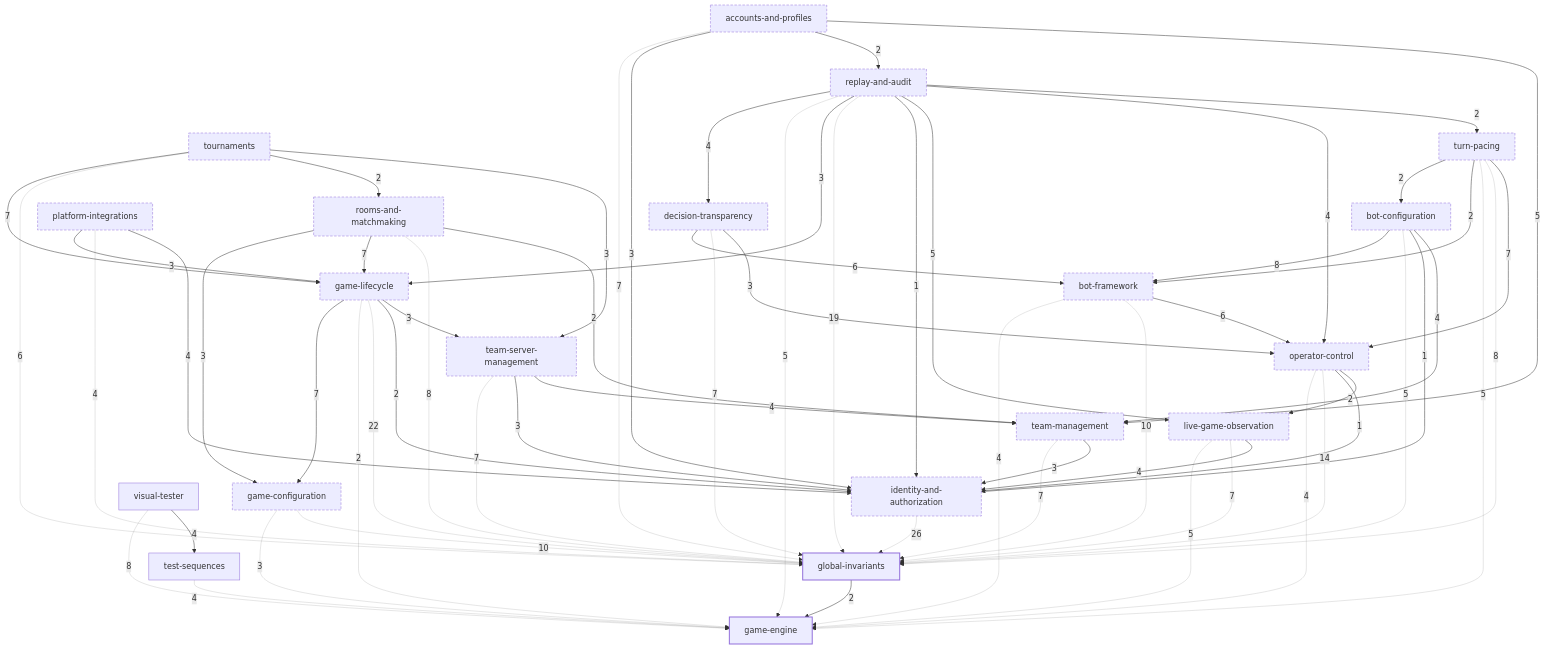
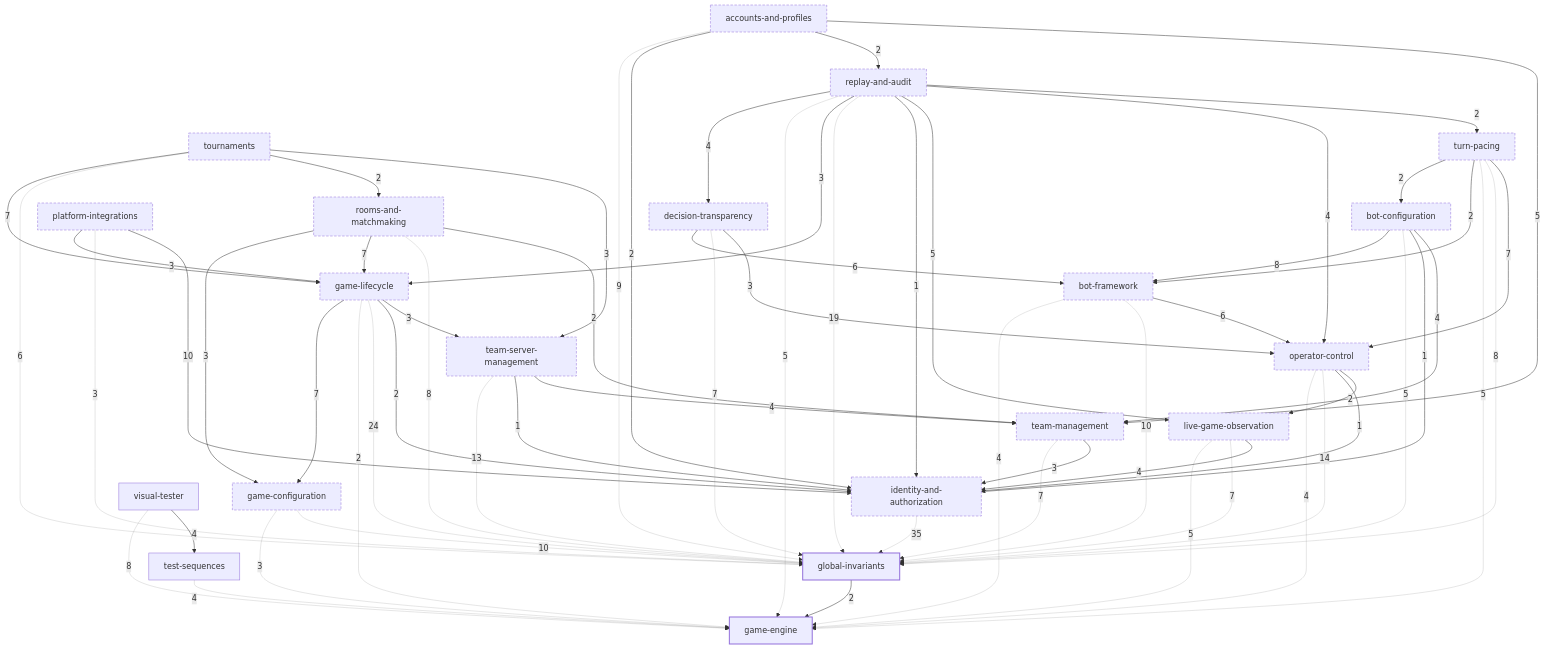
Before and after one commit to Cyphid-Academy/Snek-Centaur-Platform: the diagram in openspec/capability-graph.md, drawn with Mermaid. The commit also changed 3 other files, not shown here.

```diff
--- a/openspec/capability-graph.md
+++ b/openspec/capability-graph.md
@@ -49,8 +49,8 @@
   turn-pacing["turn-pacing"]:::open
   visual-tester["visual-tester"]
 
-  accounts-and-profiles -->|7| global-invariants
-  accounts-and-profiles -->|3| identity-and-authorization
+  accounts-and-profiles -->|9| global-invariants
+  accounts-and-profiles -->|2| identity-and-authorization
   accounts-and-profiles -->|2| replay-and-audit
   accounts-and-profiles -->|5| team-management
   bot-configuration -->|8| bot-framework
@@ -67,11 +67,11 @@
   game-configuration -->|10| global-invariants
   game-lifecycle -->|7| game-configuration
   game-lifecycle -->|2| game-engine
-  game-lifecycle -->|22| global-invariants
+  game-lifecycle -->|24| global-invariants
   game-lifecycle -->|2| identity-and-authorization
   game-lifecycle -->|3| team-server-management
   global-invariants -->|2| game-engine
-  identity-and-authorization -->|26| global-invariants
+  identity-and-authorization -->|35| global-invariants
   live-game-observation -->|5| game-engine
   live-game-observation -->|7| global-invariants
   live-game-observation -->|4| identity-and-authorization
@@ -80,8 +80,8 @@
   operator-control -->|1| identity-and-authorization
   operator-control -->|2| live-game-observation
   platform-integrations -->|3| game-lifecycle
-  platform-integrations -->|4| global-invariants
-  platform-integrations -->|4| identity-and-authorization
+  platform-integrations -->|3| global-invariants
+  platform-integrations -->|10| identity-and-authorization
   replay-and-audit -->|4| decision-transparency
   replay-and-audit -->|5| game-engine
   replay-and-audit -->|3| game-lifecycle
@@ -96,8 +96,8 @@
   rooms-and-matchmaking -->|2| team-management
   team-management -->|7| global-invariants
   team-management -->|3| identity-and-authorization
-  team-server-management -->|7| global-invariants
-  team-server-management -->|3| identity-and-authorization
+  team-server-management -->|13| global-invariants
+  team-server-management -->|1| identity-and-authorization
   team-server-management -->|4| team-management
   test-sequences -->|4| game-engine
   tournaments -->|7| game-lifecycle
```
